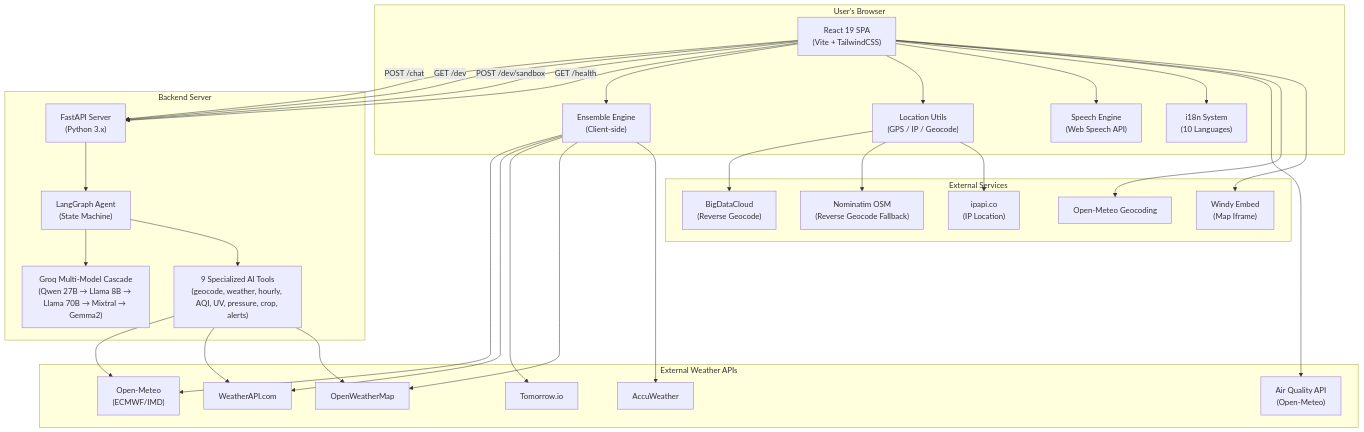
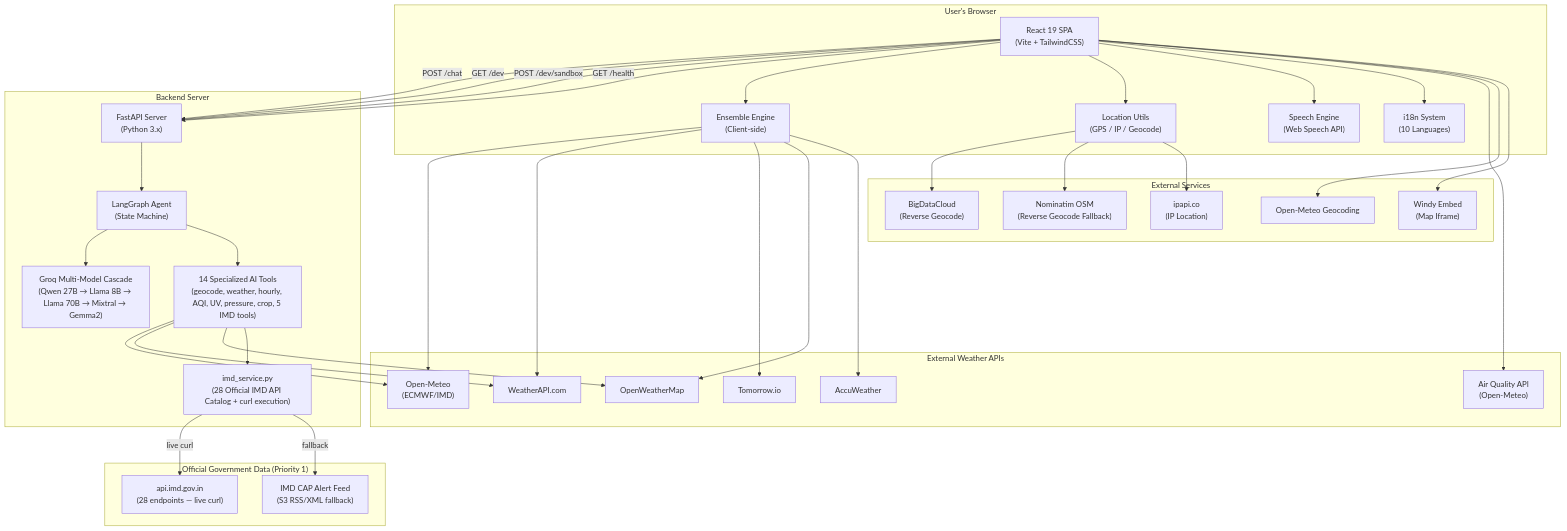
The first of 11 diagrams in frontend/WeatherGPT_Architecture.md (omsenjalia/weathergpt), drawn with Mermaid before and after one commit. The commit also changed other lines of this file and 1 other file, not shown here.

````diff
--- a/frontend/WeatherGPT_Architecture.md
+++ b/frontend/WeatherGPT_Architecture.md
@@ -53,65 +54,74 @@
 ```mermaid
 graph TB
     subgraph "User's Browser"
         UI["React 19 SPA<br/>(Vite + TailwindCSS)"]
         EE["Ensemble Engine<br/>(Client-side)"]
         LOC["Location Utils<br/>(GPS / IP / Geocode)"]
         TTS["Speech Engine<br/>(Web Speech API)"]
         I18N["i18n System<br/>(10 Languages)"]
     end
 
     subgraph "Backend Server"
         API["FastAPI Server<br/>(Python 3.x)"]
         AGT["LangGraph Agent<br/>(State Machine)"]
         LLM["Groq Multi-Model Cascade<br/>(Qwen 27B → Llama 8B → Llama 70B → Mixtral → Gemma2)"]
-        TOOLS["9 Specialized AI Tools<br/>(geocode, weather, hourly, AQI, UV, pressure, crop, alerts)"]
+        TOOLS["14 Specialized AI Tools<br/>(geocode, weather, hourly, AQI, UV, pressure, crop, 5 IMD tools)"]
+        IMDSVC["imd_service.py<br/>(28 Official IMD API Catalog + curl execution)"]
     end
 
     subgraph "External Weather APIs"
         OM["Open-Meteo<br/>(ECMWF/IMD)"]
         WA["WeatherAPI.com"]
         TM["Tomorrow.io"]
         OWM["OpenWeatherMap"]
         AW["AccuWeather"]
         AQ["Air Quality API<br/>(Open-Meteo)"]
+    end
+
+    subgraph "Official Government Data (Priority 1)"
+        IMDAPI["api.imd.gov.in<br/>(28 endpoints — live curl)"]
+        IMDCAP["IMD CAP Alert Feed<br/>(S3 RSS/XML fallback)"]
     end
 
     subgraph "External Services"
         GEO["Open-Meteo Geocoding"]
         BDC["BigDataCloud<br/>(Reverse Geocode)"]
         NOM["Nominatim OSM<br/>(Reverse Geocode Fallback)"]
         IPA["ipapi.co<br/>(IP Location)"]
         WDY["Windy Embed<br/>(Map Iframe)"]
     end
 
     UI -->|"POST /chat"| API
     UI -->|"GET /dev"| API
     UI -->|"POST /dev/sandbox"| API
     UI -->|"GET /health"| API
 
     API --> AGT
     AGT --> LLM
     AGT --> TOOLS
     TOOLS --> OM
     TOOLS --> WA
     TOOLS --> OWM
+    TOOLS --> IMDSVC
+    IMDSVC -->|"live curl"| IMDAPI
+    IMDSVC -->|"fallback"| IMDCAP
 
     EE --> OM
     EE --> WA
     EE --> TM
     EE --> OWM
     EE --> AW
 
     UI --> EE
     UI --> LOC
     UI --> TTS
     UI --> I18N
 
     LOC --> BDC
     LOC --> NOM
     LOC --> IPA
 
     UI --> AQ
     UI --> GEO
     UI --> WDY
 ```
````
